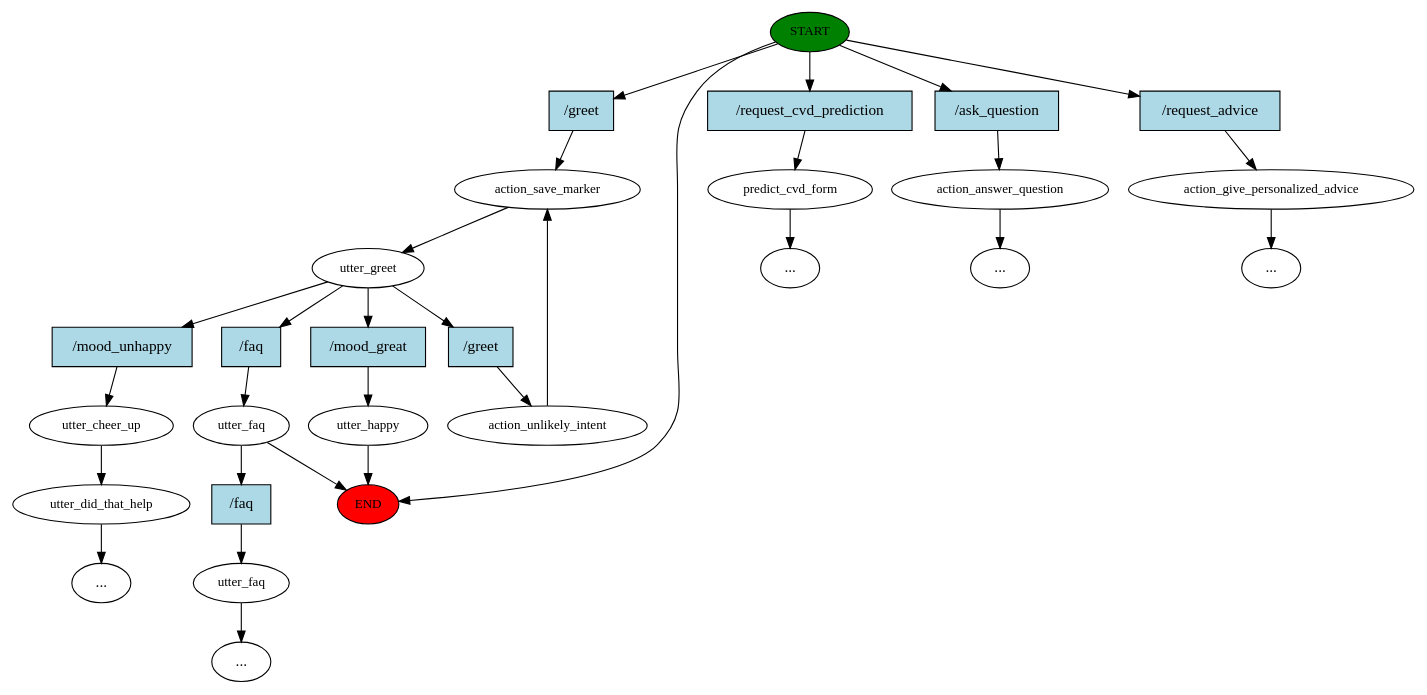
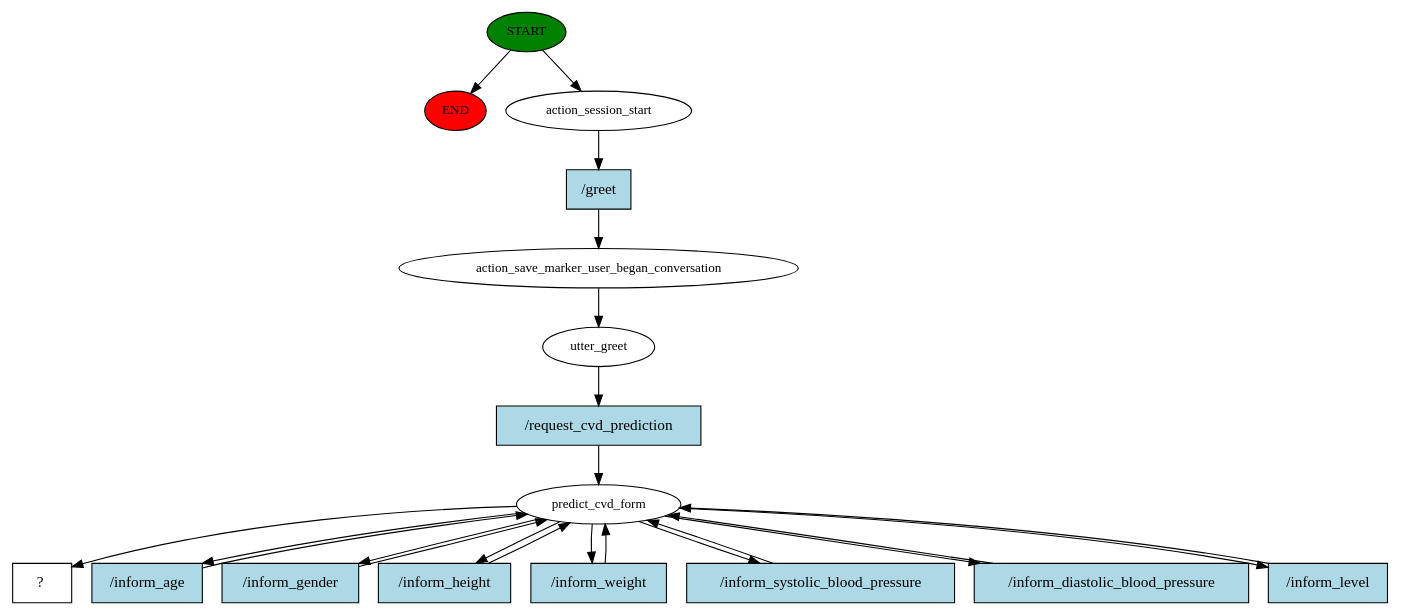
The diagram in rasa-chatbot/story_graph.dot (bianca-paula/BachelorThesis), drawn with Graphviz before and after one commit. The commit also changed 6 other files, not shown here.

```diff
--- a/rasa-chatbot/story_graph.dot
+++ b/rasa-chatbot/story_graph.dot
@@ -1,58 +1,40 @@
 digraph  {
 0 [class="start active", fillcolor=green, fontsize=12, label=START, style=filled];
 "-1" [class=end, fillcolor=red, fontsize=12, label=END, style=filled];
-1 [class=active, fontsize=12, label=action_save_marker];
-2 [class="active dashed", fontsize=12, label=utter_greet];
-3 [class="", fontsize=12, label=utter_faq];
-4 [class="", fontsize=12, label=predict_cvd_form];
-"-3" [class=ellipsis, label="..."];
-7 [class="", fontsize=12, label=utter_happy];
-10 [class="", fontsize=12, label=utter_cheer_up];
-11 [class="", fontsize=12, label=utter_did_that_help];
-"-5" [class=ellipsis, label="..."];
-19 [class="", fontsize=12, label=utter_faq];
-"-6" [class=ellipsis, label="..."];
-20 [class="", fontsize=12, label=action_answer_question];
-"-7" [class=ellipsis, label="..."];
-21 [class="", fontsize=12, label=action_give_personalized_advice];
-"-8" [class=ellipsis, label="..."];
-24 [class=active, fontsize=12, label=action_unlikely_intent];
-27 [class="intent active", fillcolor=lightblue, label="/greet", shape=rect, style=filled];
-28 [class=intent, fillcolor=lightblue, label="/request_cvd_prediction", shape=rect, style=filled];
-29 [class=intent, fillcolor=lightblue, label="/ask_question", shape=rect, style=filled];
-30 [class=intent, fillcolor=lightblue, label="/request_advice", shape=rect, style=filled];
-31 [class=intent, fillcolor=lightblue, label="/faq", shape=rect, style=filled];
-32 [class=intent, fillcolor=lightblue, label="/mood_great", shape=rect, style=filled];
-33 [class=intent, fillcolor=lightblue, label="/mood_unhappy", shape=rect, style=filled];
-34 [class="intent active", fillcolor=lightblue, label="/greet", shape=rect, style=filled];
-35 [class=intent, fillcolor=lightblue, label="/faq", shape=rect, style=filled];
+1 [class=active, fontsize=12, label=action_session_start];
+2 [class=active, fontsize=12, label=action_save_marker_user_began_conversation];
+3 [class=active, fontsize=12, label=utter_greet];
+4 [class=active, fontsize=12, label=predict_cvd_form];
+12 [class="intent dashed active", label="  ?  ", shape=rect];
+13 [class="intent active", fillcolor=lightblue, label="/greet", shape=rect, style=filled];
+14 [class="intent active", fillcolor=lightblue, label="/request_cvd_prediction", shape=rect, style=filled];
+15 [class="intent active", fillcolor=lightblue, label="/inform_age", shape=rect, style=filled];
+16 [class="intent active", fillcolor=lightblue, label="/inform_gender", shape=rect, style=filled];
+17 [class="intent active", fillcolor=lightblue, label="/inform_height", shape=rect, style=filled];
+18 [class="intent active", fillcolor=lightblue, label="/inform_weight", shape=rect, style=filled];
+19 [class="intent active", fillcolor=lightblue, label="/inform_systolic_blood_pressure", shape=rect, style=filled];
+20 [class="intent active", fillcolor=lightblue, label="/inform_diastolic_blood_pressure", shape=rect, style=filled];
+21 [class="intent active", fillcolor=lightblue, label="/inform_level", shape=rect, style=filled];
 0 -> "-1"  [class="", key=NONE, label=""];
-0 -> 27  [class=active, key=0];
-0 -> 28  [class="", key=0];
-0 -> 29  [class="", key=0];
-0 -> 30  [class="", key=0];
-1 -> 2  [class=active, key=NONE, label=""];
-2 -> 31  [class="", key=0];
-2 -> 32  [class="", key=0];
-2 -> 33  [class="", key=0];
-2 -> 34  [class=active, key=0];
-3 -> "-1"  [class="", key=NONE, label=""];
-3 -> 35  [class="", key=0];
-4 -> "-3"  [class="", key=NONE, label=""];
-7 -> "-1"  [class="", key=NONE, label=""];
-10 -> 11  [class="", key=NONE, label=""];
-11 -> "-5"  [class="", key=NONE, label=""];
-19 -> "-6"  [class="", key=NONE, label=""];
-20 -> "-7"  [class="", key=NONE, label=""];
-21 -> "-8"  [class="", key=NONE, label=""];
-24 -> 1  [class=active, key=NONE, label=""];
-27 -> 1  [class=active, key=0];
-28 -> 4  [class="", key=0];
-29 -> 20  [class="", key=0];
-30 -> 21  [class="", key=0];
-31 -> 3  [class="", key=0];
-32 -> 7  [class="", key=0];
-33 -> 10  [class="", key=0];
-34 -> 24  [class=active, key=0];
-35 -> 19  [class="", key=0];
+0 -> 1  [class=active, key=NONE, label=""];
+1 -> 13  [class=active, key=0];
+2 -> 3  [class=active, key=NONE, label=""];
+3 -> 14  [class=active, key=0];
+4 -> 12  [class=active, key=NONE, label=""];
+4 -> 15  [class=active, key=0];
+4 -> 16  [class=active, key=0];
+4 -> 17  [class=active, key=0];
+4 -> 18  [class=active, key=0];
+4 -> 19  [class=active, key=0];
+4 -> 20  [class=active, key=0];
+4 -> 21  [class=active, key=0];
+13 -> 2  [class=active, key=0];
+14 -> 4  [class=active, key=0];
+15 -> 4  [class=active, key=0];
+16 -> 4  [class=active, key=0];
+17 -> 4  [class=active, key=0];
+18 -> 4  [class=active, key=0];
+19 -> 4  [class=active, key=0];
+20 -> 4  [class=active, key=0];
+21 -> 4  [class=active, key=0];
 }
```
